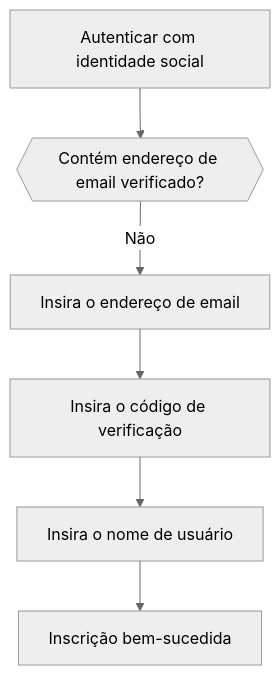
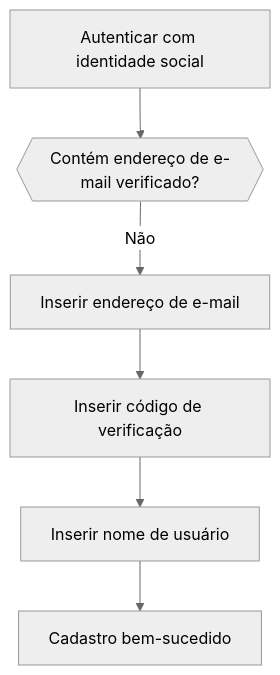
Before and after one commit to logto-io/docs: the fourth of 6 diagrams in i18n/pt-BR/docusaurus-plugin-content-docs/current/end-user-flows/sign-up-and-sign-in/social-sign-in.mdx, drawn with Mermaid (neutral theme). The commit also changed other lines of this file and 59 other files, not shown here.

````diff
--- a/i18n/pt-BR/docusaurus-plugin-content-docs/current/end-user-flows/sign-up-and-sign-in/social-sign-in.mdx
+++ b/i18n/pt-BR/docusaurus-plugin-content-docs/current/end-user-flows/sign-up-and-sign-in/social-sign-in.mdx
@@ -146,8 +121,8 @@
    ```mermaid
    flowchart TD
-      A[Autenticar com identidade social] --> B{{Contém endereço de email verificado?}}
-      B -- Não --> C[Insira o endereço de email]
-      C --> D[Insira o código de verificação]
-      D --> E[Insira o nome de usuário]
-      E --> F[Inscrição bem-sucedida]
+      A[Autenticar com identidade social] --> B{{Contém endereço de e-mail verificado?}}
+      B -- Não --> C[Inserir endereço de e-mail]
+      C --> D[Inserir código de verificação]
+      D --> E[Inserir nome de usuário]
+      E --> F[Cadastro bem-sucedido]
    ```
````
